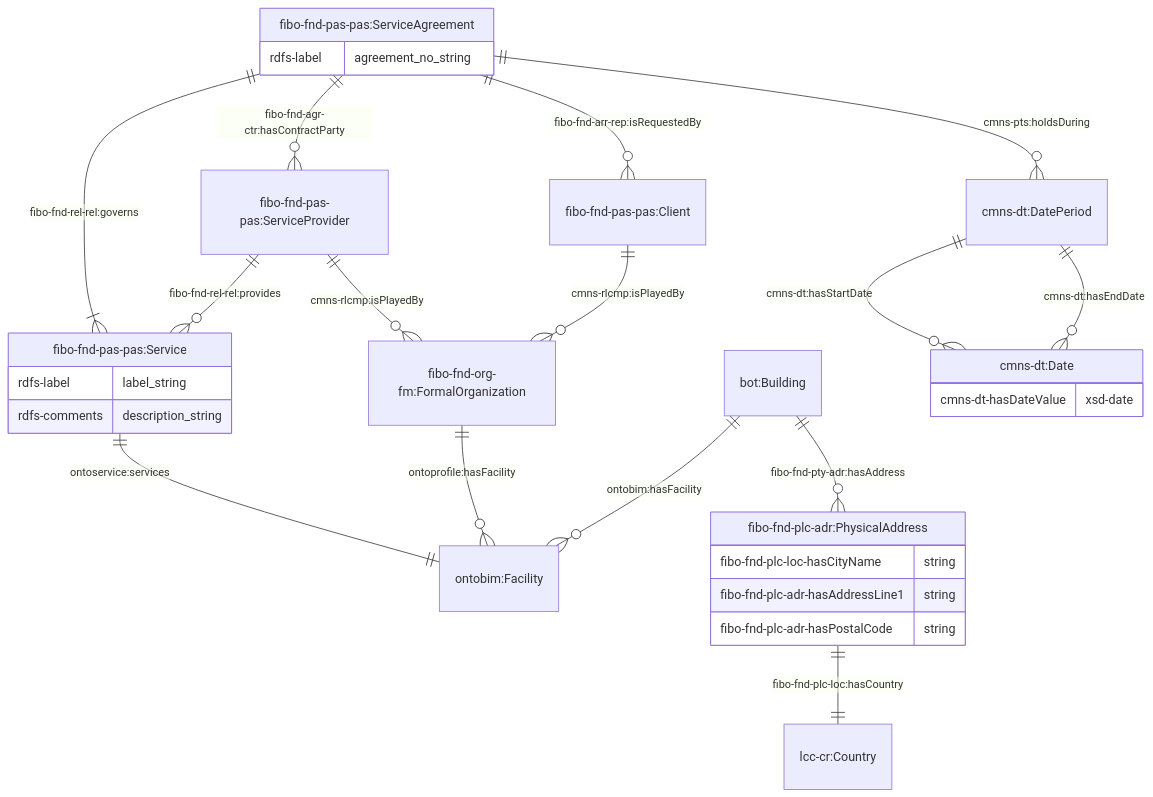
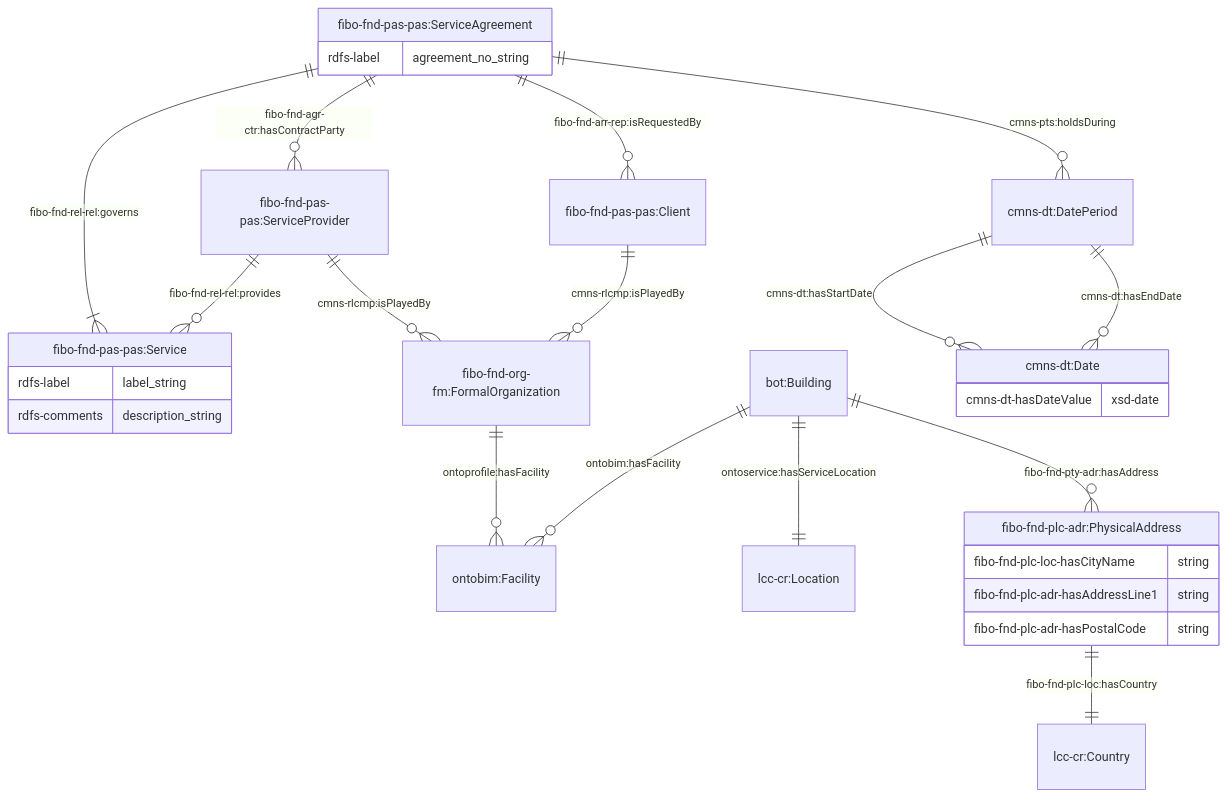
Before and after one commit to cambridge-cares/TheWorldAvatar: the first of 10 diagrams in JPS_Ontology/ontology/ontoservice/README.md, drawn with Mermaid. The commit also changed other lines of this file and 2 other files, not shown here.

Commit message:
dev-ontoservice-lifecycle: Refactor to use service location instead of the facility for the service execution

````diff
--- a/JPS_Ontology/ontology/ontoservice/README.md
+++ b/JPS_Ontology/ontology/ontoservice/README.md
@@ -62,36 +62,36 @@
 ```mermaid
     erDiagram
     "fibo-fnd-pas-pas:ServiceAgreement" {
         rdfs-label agreement_no_string
     }
     "fibo-fnd-pas-pas:ServiceAgreement" ||--|{ "fibo-fnd-pas-pas:Service" : "fibo-fnd-rel-rel:governs"
     "fibo-fnd-pas-pas:Service" {
         rdfs-label label_string
         rdfs-comments description_string
     }
-    "fibo-fnd-pas-pas:Service" ||--|| "ontobim:Facility" : "ontoservice:services"
     "fibo-fnd-org-fm:FormalOrganization" ||--o{ "ontobim:Facility" : "ontoprofile:hasFacility "
 
+    "bot:Building" ||--|| "lcc-cr:Location" : "ontoservice:hasServiceLocation"
     "bot:Building" ||--o{ "ontobim:Facility" : "ontobim:hasFacility "
     "bot:Building" ||--o{ "fibo-fnd-plc-adr:PhysicalAddress" : "fibo-fnd-pty-adr:hasAddress"
     "fibo-fnd-plc-adr:PhysicalAddress" ||--|| "lcc-cr:Country" : "fibo-fnd-plc-loc:hasCountry"
     "fibo-fnd-plc-adr:PhysicalAddress" {
         fibo-fnd-plc-loc-hasCityName string
         fibo-fnd-plc-adr-hasAddressLine1 string
         fibo-fnd-plc-adr-hasPostalCode string
     }
 
     "fibo-fnd-pas-pas:ServiceAgreement" ||--o{ "cmns-dt:DatePeriod" : "cmns-pts:holdsDuring"
     "cmns-dt:DatePeriod" ||--o{ "cmns-dt:Date" : "cmns-dt:hasStartDate"
     "cmns-dt:DatePeriod" ||--o{ "cmns-dt:Date" : "cmns-dt:hasEndDate"
     "cmns-dt:Date" {
         cmns-dt-hasDateValue xsd-date
     }
 
     "fibo-fnd-pas-pas:ServiceAgreement" ||--o{ "fibo-fnd-pas-pas:Client" : "fibo-fnd-arr-rep:isRequestedBy"
     "fibo-fnd-pas-pas:ServiceAgreement" ||--o{ "fibo-fnd-pas-pas:ServiceProvider" : "fibo-fnd-agr-ctr:hasContractParty"
 
     "fibo-fnd-pas-pas:ServiceProvider" ||--o{ "fibo-fnd-org-fm:FormalOrganization"  : "cmns-rlcmp:isPlayedBy"
     "fibo-fnd-pas-pas:ServiceProvider" ||--o{ "fibo-fnd-pas-pas:Service"  : "fibo-fnd-rel-rel:provides"
     "fibo-fnd-pas-pas:Client" ||--o{ "fibo-fnd-org-fm:FormalOrganization"  : "cmns-rlcmp:isPlayedBy"
 ```
````
